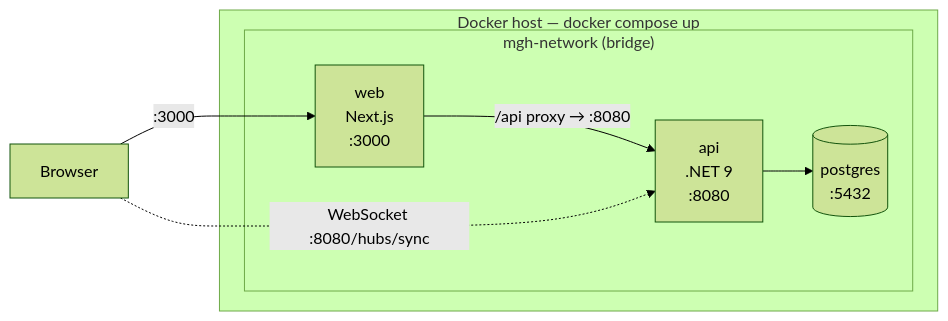
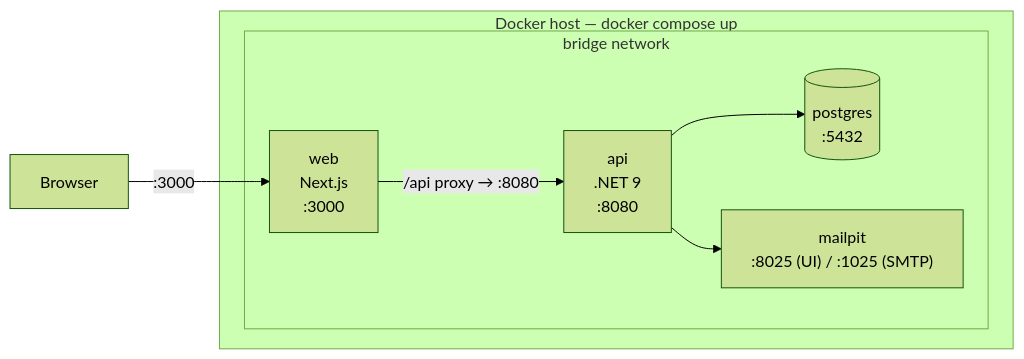
One commit to mominarashad/Executive-Travel-Team-Planning-Portal changed the third of 3 diagrams in docs/TRD.md. Above: the diagram before and after it, drawn with Mermaid (forest theme). The commit also changed other lines of this file, not shown here.

First line of the commit message:
Refactor API endpoints and update documentation

````diff
--- a/docs/TRD.md
+++ b/docs/TRD.md
@@ -338,14 +332,15 @@
 ```mermaid
 flowchart LR
     subgraph Host["Docker host — docker compose up"]
-        subgraph net["mgh-network (bridge)"]
+        subgraph net["bridge network"]
             web["web<br/>Next.js<br/>:3000"]
             api["api<br/>.NET 9<br/>:8080"]
             db[("postgres<br/>:5432")]
+            mail["mailpit<br/>:8025 (UI) / :1025 (SMTP)"]
         end
     end
     Browser -->|":3000"| web
     web -->|"/api proxy → :8080"| api
-    Browser -.->|"WebSocket :8080/hubs/sync"| api
     api --> db
+    api --> mail
 ```
````
